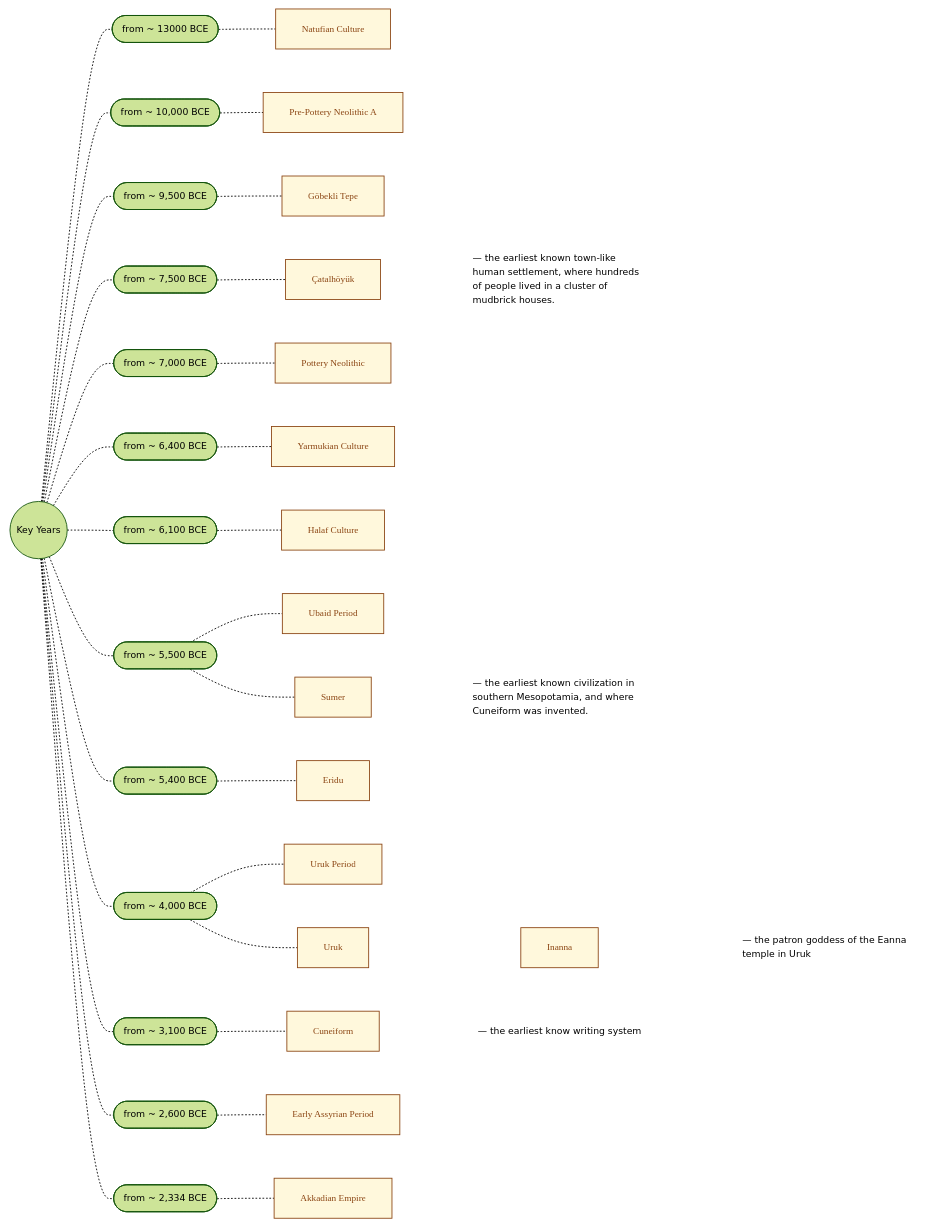
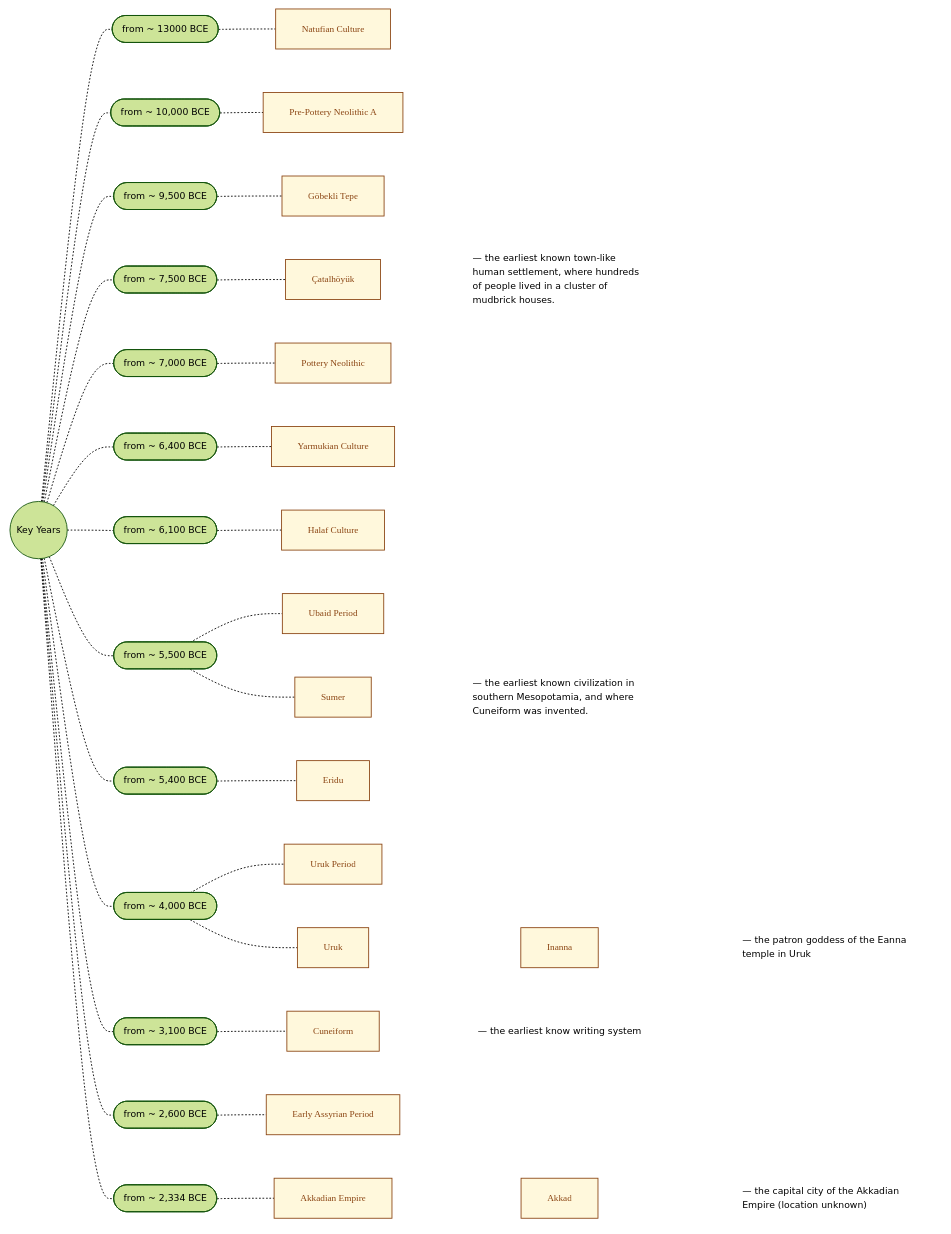
One commit to joe-dorward/samples changed the diagram in 0000_General/mesopotamian_timeline_v1.01.md. Above: the diagram before and after it, drawn with Mermaid.

```diff
--- a/0000_General/mesopotamian_timeline_v1.01.md
+++ b/0000_General/mesopotamian_timeline_v1.01.md
@@ -75,12 +75,14 @@
 
       2334([from ~ 2,334 BCE])
             AKKADIAN_EMPIRE[Akkadian Empire]
+            AKKAD[Akkad]
+            AKKAD_NOTE["#151; the capital city of the Akkadian Empire (location unknown)"]
             click AKKADIAN_EMPIRE "https://en.wikipedia.org/wiki/Akkadian_Empire" _blank
 
 
 
-      class NATUFIAN,PRE_POTTERY_NEOLITHIC_A,GOBEKLI_TEPE,CATALHOYUK,POTTERY_NEOLITHIC,YARNUKIAN,HALAF,UBAID,SUMER,ERIDU,URUK_PERIOD,URUK,INANNA,CUNEIFORM,EARLY_ASSYRIAN_PERIOD,AKKADIAN_EMPIRE Note;
-      class CATALHOYUK_NOTE,SUMER_NOTE,INANNA_NOTE,CUNEIFORM_NOTE Summary
+      class NATUFIAN,PRE_POTTERY_NEOLITHIC_A,GOBEKLI_TEPE,CATALHOYUK,POTTERY_NEOLITHIC,YARNUKIAN,HALAF,UBAID,SUMER,ERIDU,URUK_PERIOD,URUK,INANNA,CUNEIFORM,EARLY_ASSYRIAN_PERIOD,AKKADIAN_EMPIRE,AKKAD Note;
+      class CATALHOYUK_NOTE,SUMER_NOTE,INANNA_NOTE,CUNEIFORM_NOTE,AKKAD_NOTE Summary
       %% ========== ========== ========== ========== ==========
       KEY_YEARS-.-13000-.-NATUFIAN
       KEY_YEARS-.-10000-.-PRE_POTTERY_NEOLITHIC_A
@@ -96,7 +98,7 @@
                   4000-.-URUK~~~INANNA~~~INANNA_NOTE
       KEY_YEARS-.-3100-.-CUNEIFORM~~~CUNEIFORM_NOTE
       KEY_YEARS-.-2600-.-EARLY_ASSYRIAN_PERIOD
-      KEY_YEARS-.-2334-.-AKKADIAN_EMPIRE
+      KEY_YEARS-.-2334-.-AKKADIAN_EMPIRE~~~AKKAD~~~AKKAD_NOTE
 
     %%linkStyle 0 stroke-width:2px,fill:none,stroke:red;
     %%linkStyle 1 stroke-width:2px,fill:none,stroke:blue;
```
